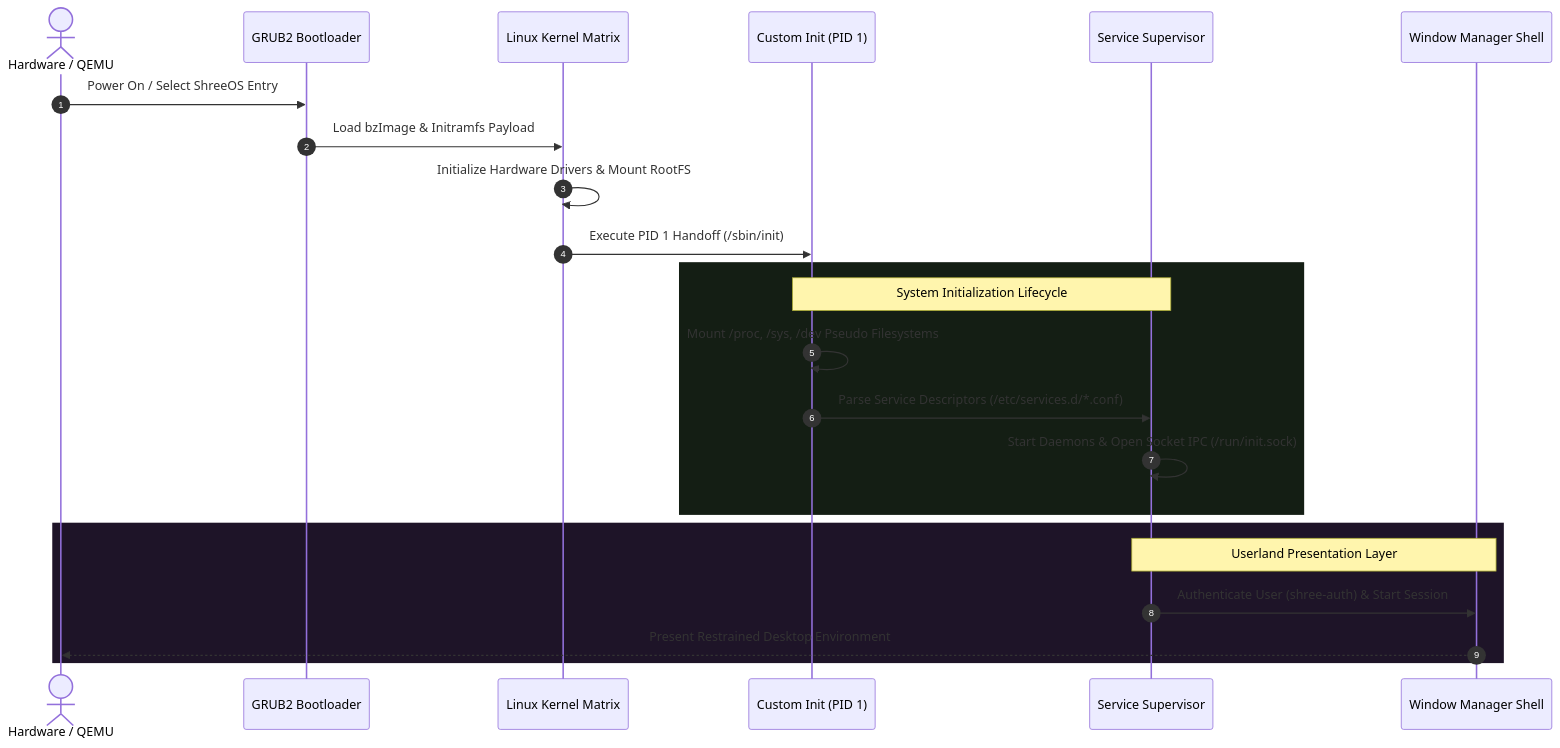
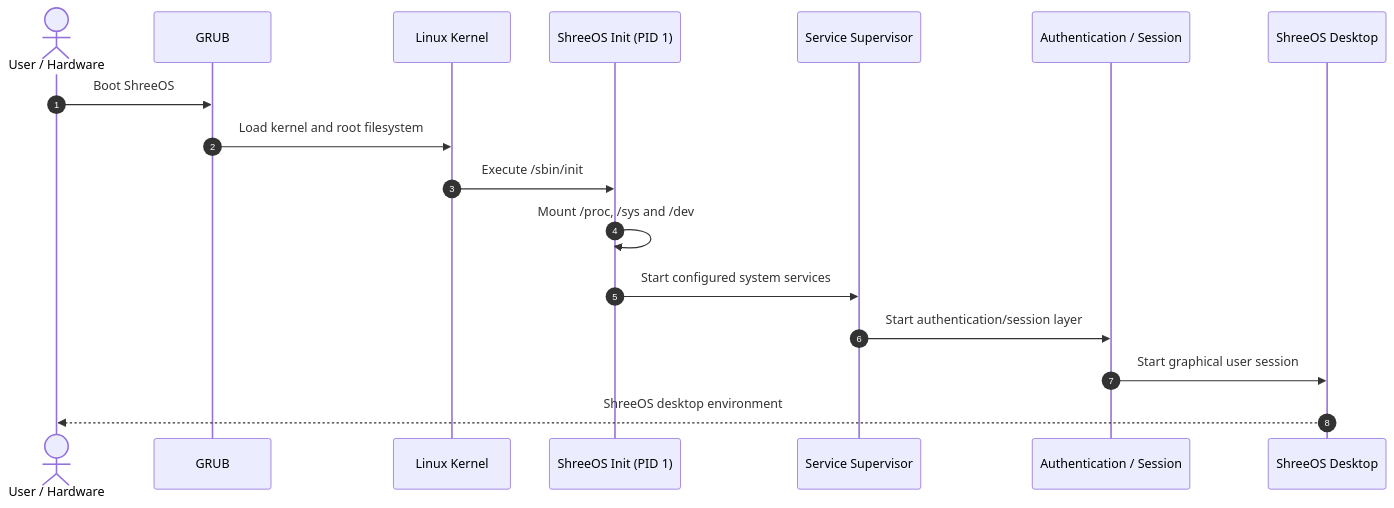
Before and after one commit to shreeharsh-patil/ShreeOS: the second of 2 diagrams in README.md, drawn with Mermaid. The commit also changed other lines of this file, not shown here.

Commit message:
docs: present ShreeOS as a complete Linux distribution

````diff
--- a/README.md
+++ b/README.md
@@ -82,28 +103,20 @@
 ```mermaid
 sequenceDiagram
     autonumber
-    actor User as Hardware / QEMU
-    participant Boot as GRUB2 Bootloader
-    participant Kernel as Linux Kernel Matrix
-    participant Init as Custom Init (PID 1)
-    participant Service as Service Supervisor
-    participant Desktop as Window Manager Shell
+    actor User as User / Hardware
+    participant Boot as GRUB
+    participant Kernel as Linux Kernel
+    participant Init as ShreeOS Init (PID 1)
+    participant Services as Service Supervisor
+    participant Session as Authentication / Session
+    participant Desktop as ShreeOS Desktop
 
-    User->>Boot: Power On / Select ShreeOS Entry
-    Boot->>Kernel: Load bzImage & Initramfs Payload
-    Kernel->>Kernel: Initialize Hardware Drivers & Mount RootFS
-    Kernel->>Init: Execute PID 1 Handoff (/sbin/init)
-    
-    rect rgb(20, 30, 20)
-        note over Init,Service: System Initialization Lifecycle
-        Init->>Init: Mount /proc, /sys, /dev Pseudo Filesystems
-        Init->>Service: Parse Service Descriptors (/etc/services.d/*.conf)
-        Service->>Service: Start Daemons & Open Socket IPC (/run/init.sock)
-    end
-
-    rect rgb(30, 20, 40)
-        note over Service,Desktop: Userland Presentation Layer
-        Service->>Desktop: Authenticate User (shree-auth) & Start Session
-        Desktop-->>User: Present Restrained Desktop Environment
-    end
+    User->>Boot: Boot ShreeOS
+    Boot->>Kernel: Load kernel and root filesystem
+    Kernel->>Init: Execute /sbin/init
+    Init->>Init: Mount /proc, /sys and /dev
+    Init->>Services: Start configured system services
+    Services->>Session: Start authentication/session layer
+    Session->>Desktop: Start graphical user session
+    Desktop-->>User: ShreeOS desktop environment
 ```
````
